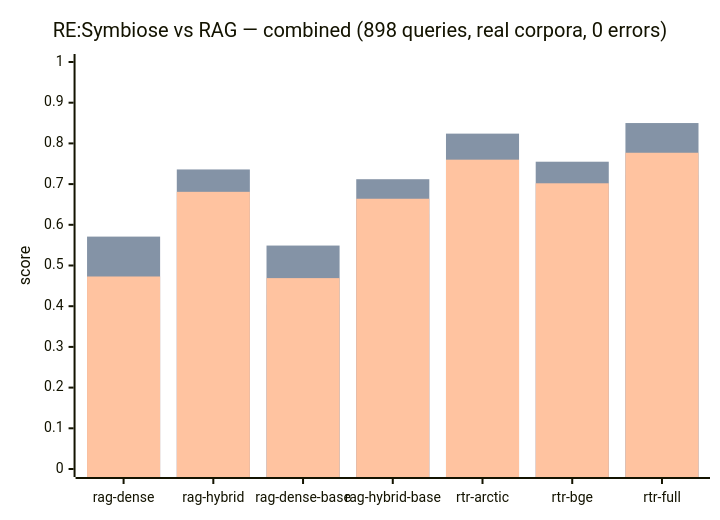
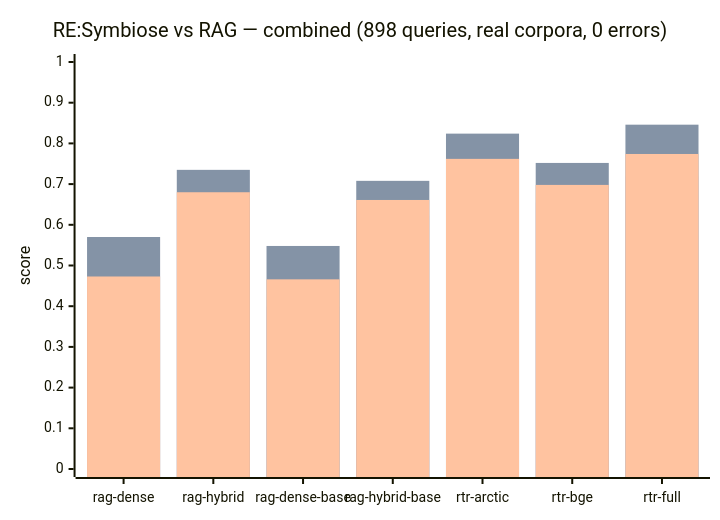
The diagram in eval/results/versus.mmd (Nova-Violet-Role/RTR-RE), drawn with Mermaid before and after one commit. The commit also changed 45 other files, not shown here.

```diff
--- a/eval/results/versus.mmd
+++ b/eval/results/versus.mmd
@@ -1,13 +1,13 @@
 %% SPDX-FileCopyrightText: Nova-Violet Role ORG
 %% SPDX-License-Identifier: EUPL-1.2 OR AGPL-3.0-or-later
 %% Friendly reminder: RTR-RE is low-CPU friendly. At T2 or P20 the
 %% SSD acts as the RAM-consumption mitigation (swap-friendly), so
 %% the architecture runs on any CPU — the thread/parking axes only
 %% trade speed and memory, never retrieval quality (T4-T16 flat).
 xychart-beta
     title "RE:Symbiose vs RAG — combined (898 queries, real corpora, 0 errors)"
     x-axis ["rag-dense", "rag-hybrid", "rag-dense-base", "rag-hybrid-base", "rtr-arctic", "rtr-bge", "rtr-full"]
     y-axis "score" 0 --> 1
-    bar "R@1" [0.394, 0.638, 0.404, 0.626, 0.713, 0.659, 0.723]
-    bar "R@3" [0.571, 0.736, 0.549, 0.712, 0.824, 0.755, 0.850]
-    bar "MRR" [0.473, 0.681, 0.469, 0.664, 0.760, 0.702, 0.777]
+    bar "R@1" [0.395, 0.637, 0.399, 0.623, 0.717, 0.655, 0.719]
+    bar "R@3" [0.570, 0.735, 0.548, 0.708, 0.824, 0.752, 0.846]
+    bar "MRR" [0.473, 0.680, 0.466, 0.661, 0.762, 0.698, 0.774]
```
